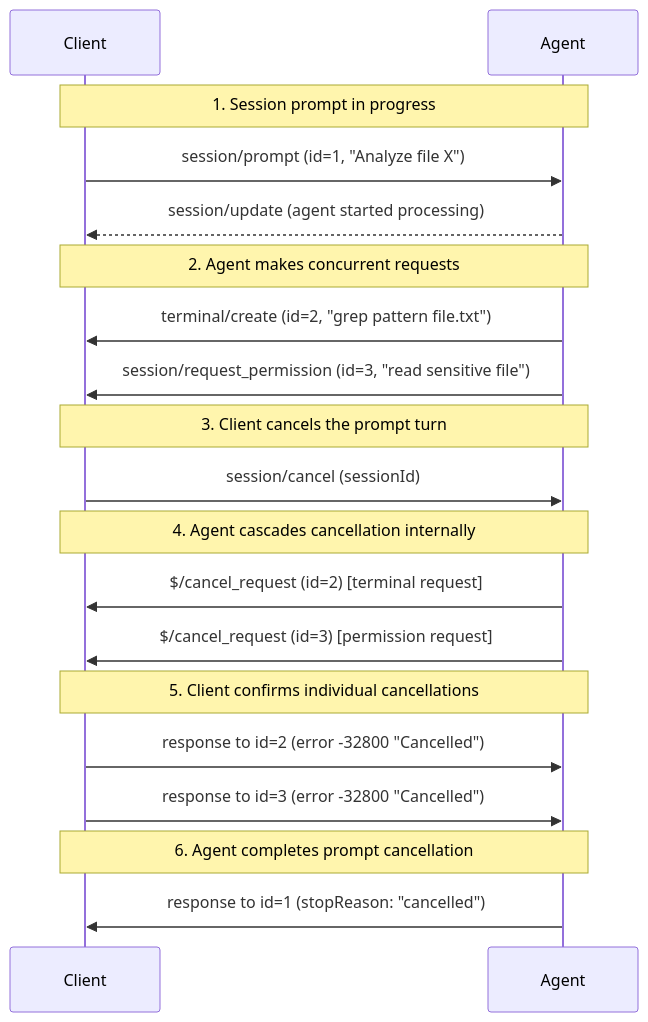
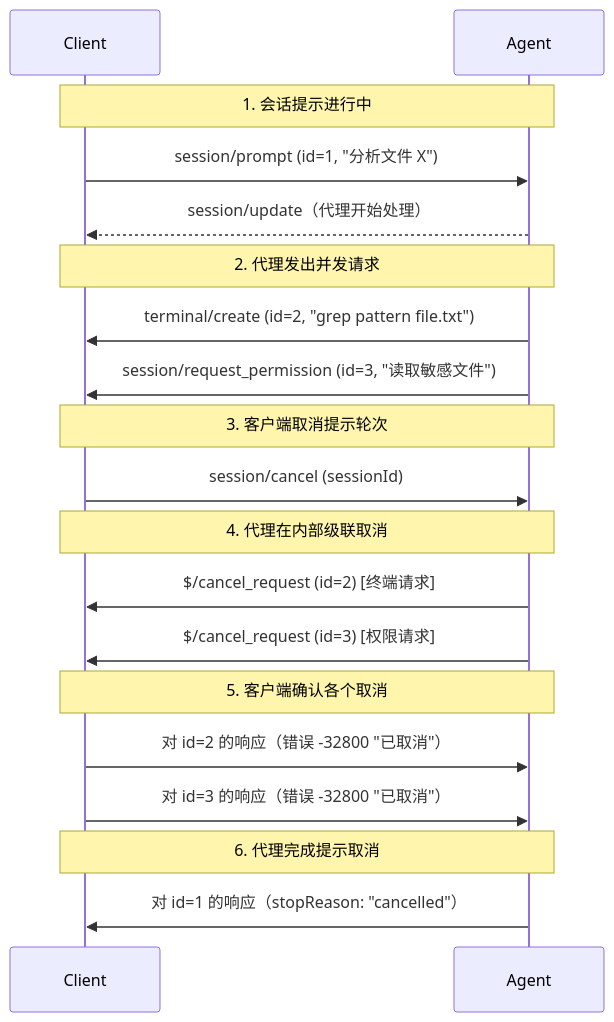
Before and after one commit to cxykevin/acp-docs-cn: the diagram in rfds/request-cancellation.mdx, drawn with Mermaid. The commit also changed other lines of this file and 15 other files, not shown here.

````diff
--- a/rfds/request-cancellation.mdx
+++ b/rfds/request-cancellation.mdx
@@ -144,27 +148,27 @@
 ```mermaid
 sequenceDiagram
     participant Client
     participant Agent
 
-    Note over Client,Agent: 1. Session prompt in progress
-    Client->>Agent: session/prompt (id=1, "Analyze file X")
-    Agent-->>Client: session/update (agent started processing)
+    Note over Client,Agent: 1. 会话提示进行中
+    Client->>Agent: session/prompt (id=1, "分析文件 X")
+    Agent-->>Client: session/update（代理开始处理）
 
-    Note over Client,Agent: 2. Agent makes concurrent requests
+    Note over Client,Agent: 2. 代理发出并发请求
     Agent->>Client: terminal/create (id=2, "grep pattern file.txt")
-    Agent->>Client: session/request_permission (id=3, "read sensitive file")
+    Agent->>Client: session/request_permission (id=3, "读取敏感文件")
 
-    Note over Client,Agent: 3. Client cancels the prompt turn
+    Note over Client,Agent: 3. 客户端取消提示轮次
     Client->>Agent: session/cancel (sessionId)
 
-    Note over Client,Agent: 4. Agent cascades cancellation internally
-    Agent->>Client: $/cancel_request (id=2) [terminal request]
-  Agent->>Client: $/cancel_request (id=3) [permission request]
+    Note over Client,Agent: 4. 代理在内部级联取消
+    Agent->>Client: $/cancel_request (id=2) [终端请求]
+  Agent->>Client: $/cancel_request (id=3) [权限请求]
 
-    Note over Client,Agent: 5. Client confirms individual cancellations
-    Client->>Agent: response to id=2 (error -32800 "Cancelled")
-    Client->>Agent: response to id=3 (error -32800 "Cancelled")
+    Note over Client,Agent: 5. 客户端确认各个取消
+    Client->>Agent: 对 id=2 的响应（错误 -32800 "已取消"）
+    Client->>Agent: 对 id=3 的响应（错误 -32800 "已取消"）
 
-    Note over Client,Agent: 6. Agent completes prompt cancellation
-    Agent->>Client: response to id=1 (stopReason: "cancelled")
+    Note over Client,Agent: 6. 代理完成提示取消
+    Agent->>Client: 对 id=1 的响应（stopReason: "cancelled"）
 ```
````
